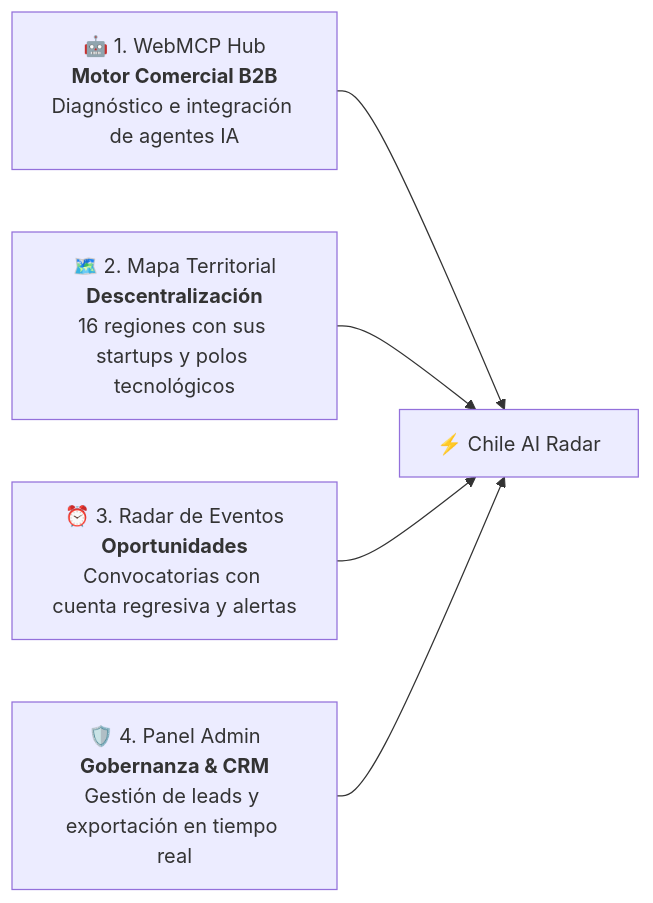
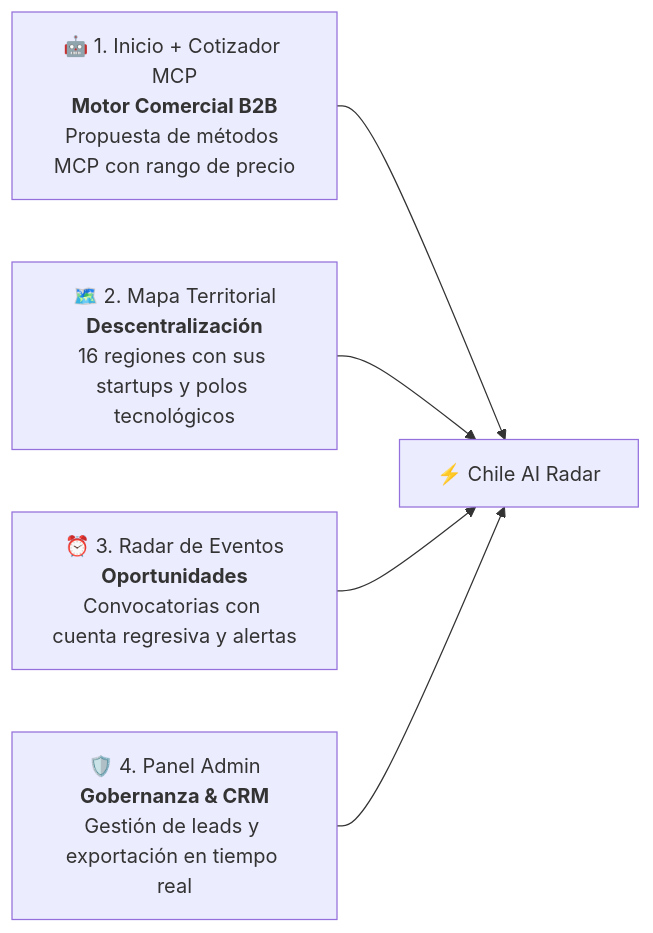
The diagram in README.md (CaBsCrypto/radar), drawn with Mermaid before and after one commit. The commit also changed other lines of this file and 18 other files, not shown here.

First line of the commit message:
feat(inicio): página de inicio, panel por capa y precios en rango

````diff
--- a/README.md
+++ b/README.md
@@ -90,7 +90,7 @@
 ```mermaid
 flowchart LR
-    A["🤖 1. WebMCP Hub<br/><b>Motor Comercial B2B</b><br/>Diagnóstico e integración de agentes IA"] --> D["⚡ Chile AI Radar"]
+    A["🤖 1. Inicio + Cotizador MCP<br/><b>Motor Comercial B2B</b><br/>Propuesta de métodos MCP con rango de precio"] --> D["⚡ Chile AI Radar"]
     B["🗺️ 2. Mapa Territorial<br/><b>Descentralización</b><br/>16 regiones con sus startups y polos tecnológicos"] --> D
     C["⏰ 3. Radar de Eventos<br/><b>Oportunidades</b><br/>Convocatorias con cuenta regresiva y alertas"] --> D
     E["🛡️ 4. Panel Admin<br/><b>Gobernanza & CRM</b><br/>Gestión de leads y exportación en tiempo real"] --> D
 ```
````
